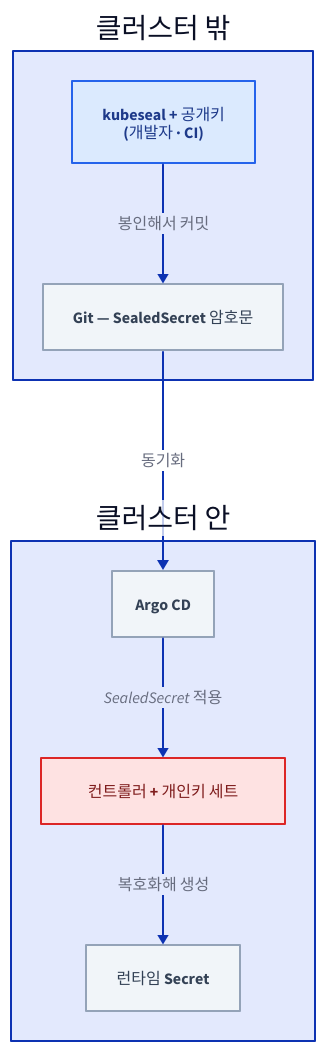
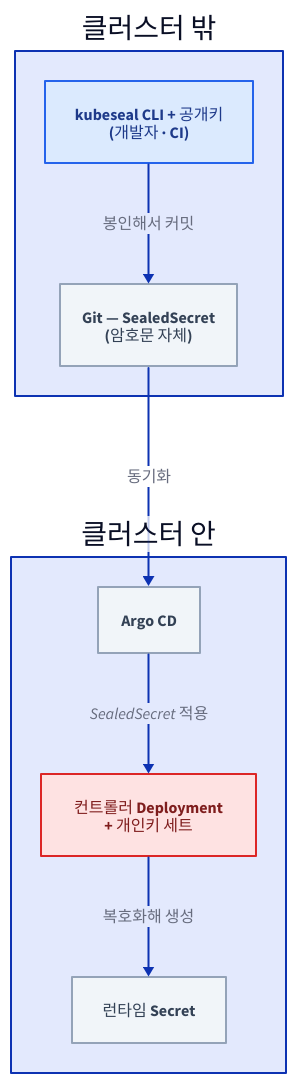
The first of 2 diagrams in src/content/docs/onprem/sealed-secrets.mdx (mechurak/study-starlight), drawn with D2 before and after one commit. The commit also changed other lines of this file, not shown here.

First line of the commit message:
docs(onprem): make the Sealed Secrets page readable on its own

````diff
--- a/src/content/docs/onprem/sealed-secrets.mdx
+++ b/src/content/docs/onprem/sealed-secrets.mdx
@@ -38,25 +95,25 @@
 ```d2 layout=elk pad=40 title="공개키는 클러스터 밖 어디에나 나눠 주고 개인키는 컨트롤러만 가지므로, 봉인은 누구나 하지만 복호화는 클러스터 안에서만 일어나는 배치"
 direction: down
 
 classes: {
   key: { style: { fill: "#dbeafe"; stroke: "#2563eb"; font-color: "#1e3a8a" } }
   bad: { style: { fill: "#fee2e2"; stroke: "#dc2626"; font-color: "#7f1d1d" } }
   mute: { style: { fill: "#f1f5f9"; stroke: "#94a3b8"; font-color: "#334155" } }
 }
 
 outside: 클러스터 밖 {
-  seal: "kubeseal + 공개키\n(개발자 · CI)" { class: key }
-  git: "Git — SealedSecret 암호문" { class: mute }
+  seal: "kubeseal CLI + 공개키\n(개발자 · CI)" { class: key }
+  git: "Git — SealedSecret\n(암호문 자체)" { class: mute }
 }
 
 cluster: 클러스터 안 {
   argo: Argo CD { class: mute }
-  ctl: "컨트롤러 + 개인키 세트" { class: bad }
+  ctl: "컨트롤러 Deployment\n+ 개인키 세트" { class: bad }
   sec: 런타임 Secret { class: mute }
 }
 
 outside.seal -> outside.git: 봉인해서 커밋
 outside.git -> cluster.argo: 동기화
 cluster.argo -> cluster.ctl: SealedSecret 적용
 cluster.ctl -> cluster.sec: 복호화해 생성
 ```
````
